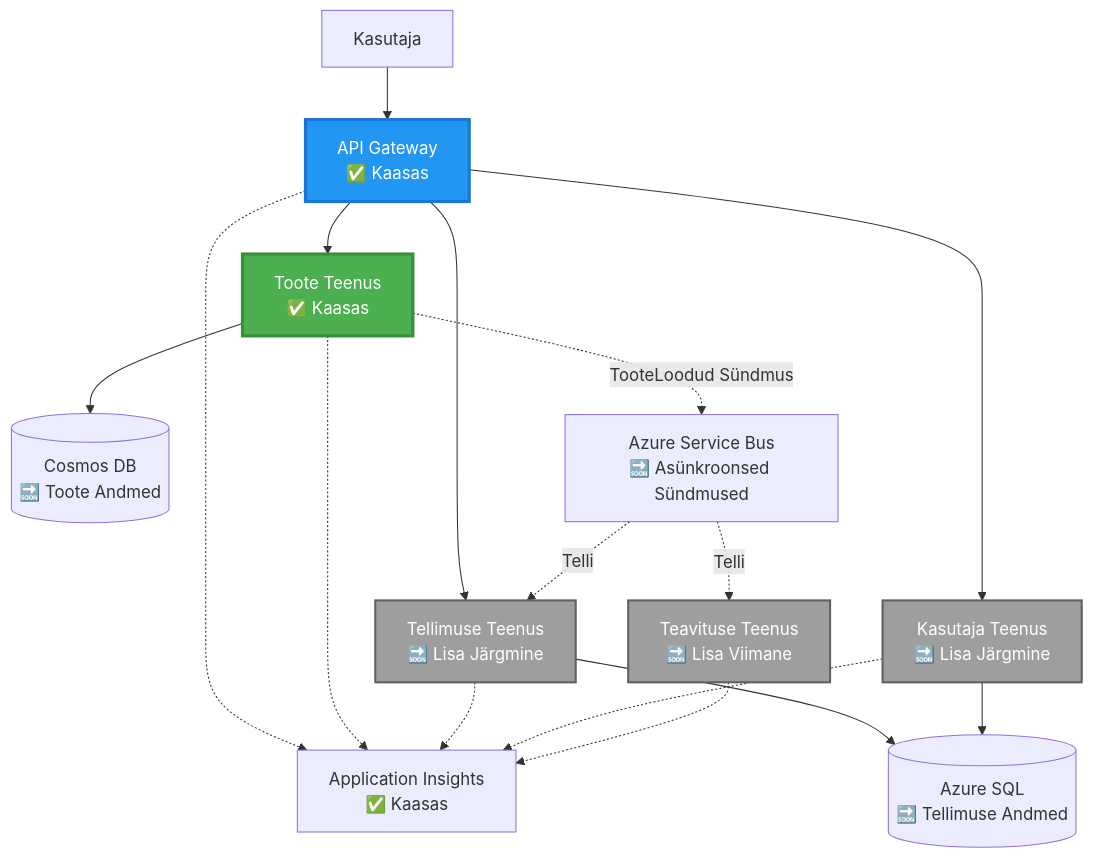
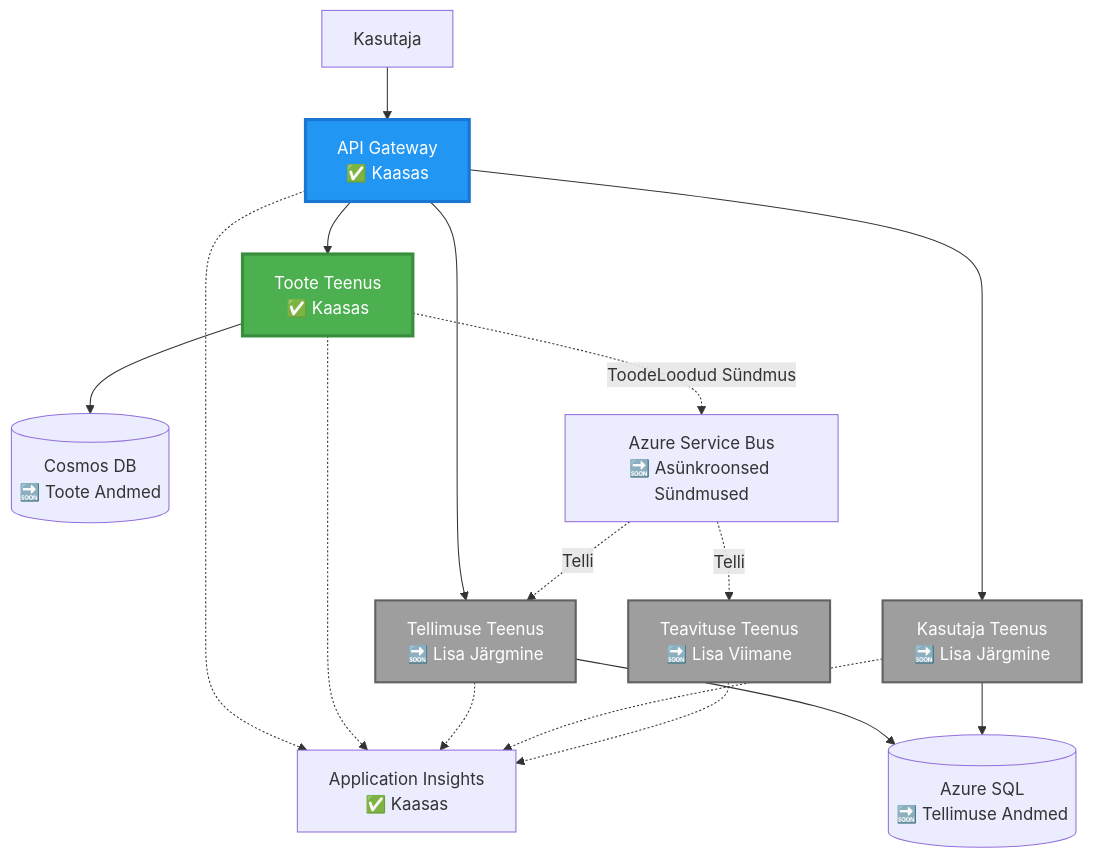
Before and after one commit to microsoft/AZD-for-beginners: the second of 4 diagrams in translations/et/examples/microservices/README.md, drawn with Mermaid. The commit also changed other lines of this file and 245 other files, not shown here.

````diff
--- a/translations/et/examples/microservices/README.md
+++ b/translations/et/examples/microservices/README.md
@@ -78,39 +69,39 @@
 ```mermaid
 graph TB
     User[Kasutaja]
     Gateway[API Gateway<br/>✅ Kaasas]
     Product[Toote Teenus<br/>✅ Kaasas]
     Order[Tellimuse Teenus<br/>🔜 Lisa Järgmine]
     UserSvc[Kasutaja Teenus<br/>🔜 Lisa Järgmine]
     Notify[Teavituse Teenus<br/>🔜 Lisa Viimane]
     
     CosmosDB[(Cosmos DB<br/>🔜 Toote Andmed)]
     AzureSQL[(Azure SQL<br/>🔜 Tellimuse Andmed)]
     ServiceBus[Azure Service Bus<br/>🔜 Asünkroonsed Sündmused]
     AppInsights[Application Insights<br/>✅ Kaasas]
     
     User --> Gateway
     Gateway --> Product
     Gateway --> Order
     Gateway --> UserSvc
     
     Product --> CosmosDB
     Order --> AzureSQL
     UserSvc --> AzureSQL
     
-    Product -.->|TooteLoodud Sündmus| ServiceBus
+    Product -.->|ToodeLoodud Sündmus| ServiceBus
     ServiceBus -.->|Telli| Notify
     ServiceBus -.->|Telli| Order
     
     Gateway -.-> AppInsights
     Product -.-> AppInsights
     Order -.-> AppInsights
     UserSvc -.-> AppInsights
     Notify -.-> AppInsights
     
     style Product fill:#4CAF50,stroke:#388E3C,stroke-width:3px,color:#fff
     style Gateway fill:#2196F3,stroke:#1976D2,stroke-width:3px,color:#fff
     style Order fill:#9E9E9E,stroke:#616161,stroke-width:2px,color:#fff
     style UserSvc fill:#9E9E9E,stroke:#616161,stroke-width:2px,color:#fff
     style Notify fill:#9E9E9E,stroke:#616161,stroke-width:2px,color:#fff
 ```
````
